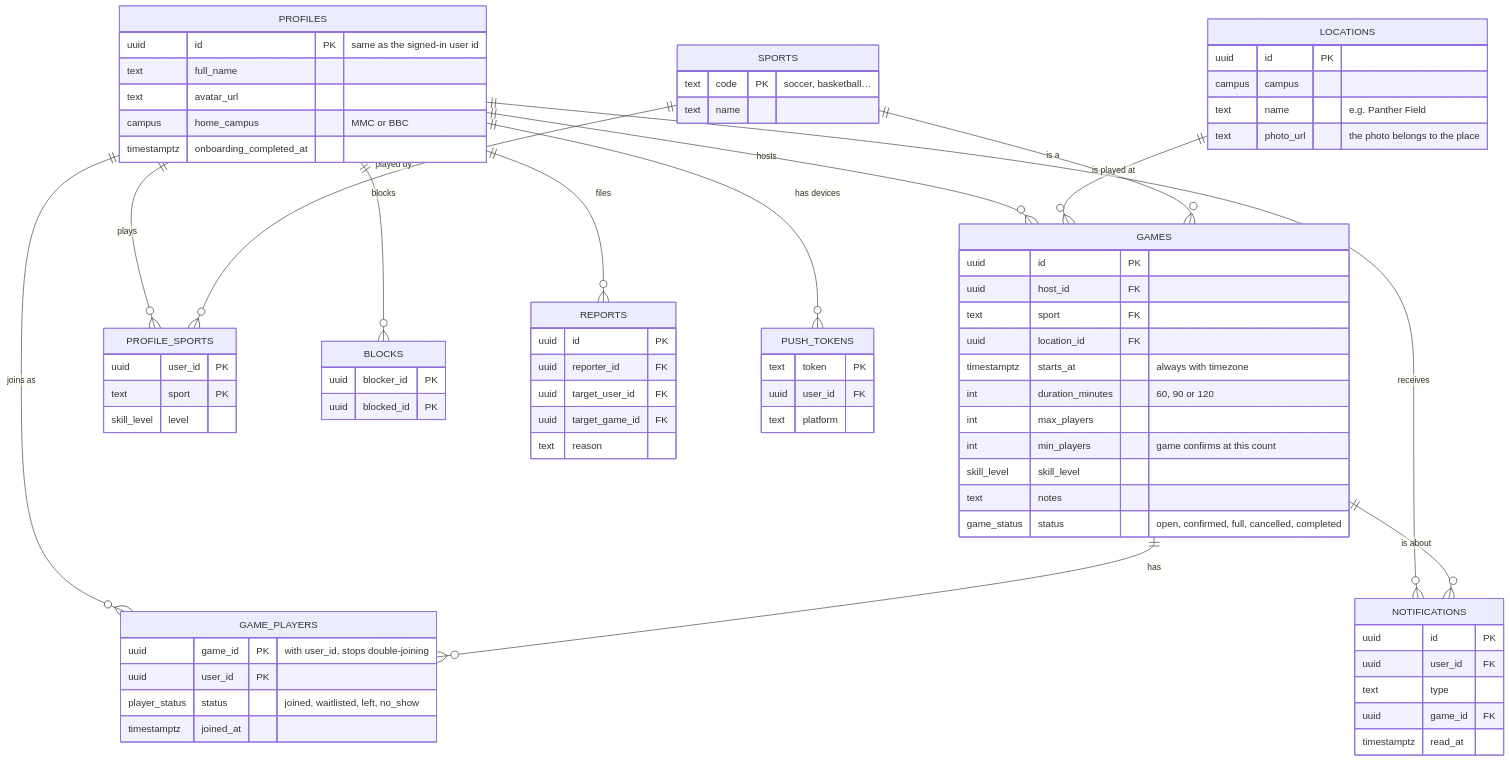
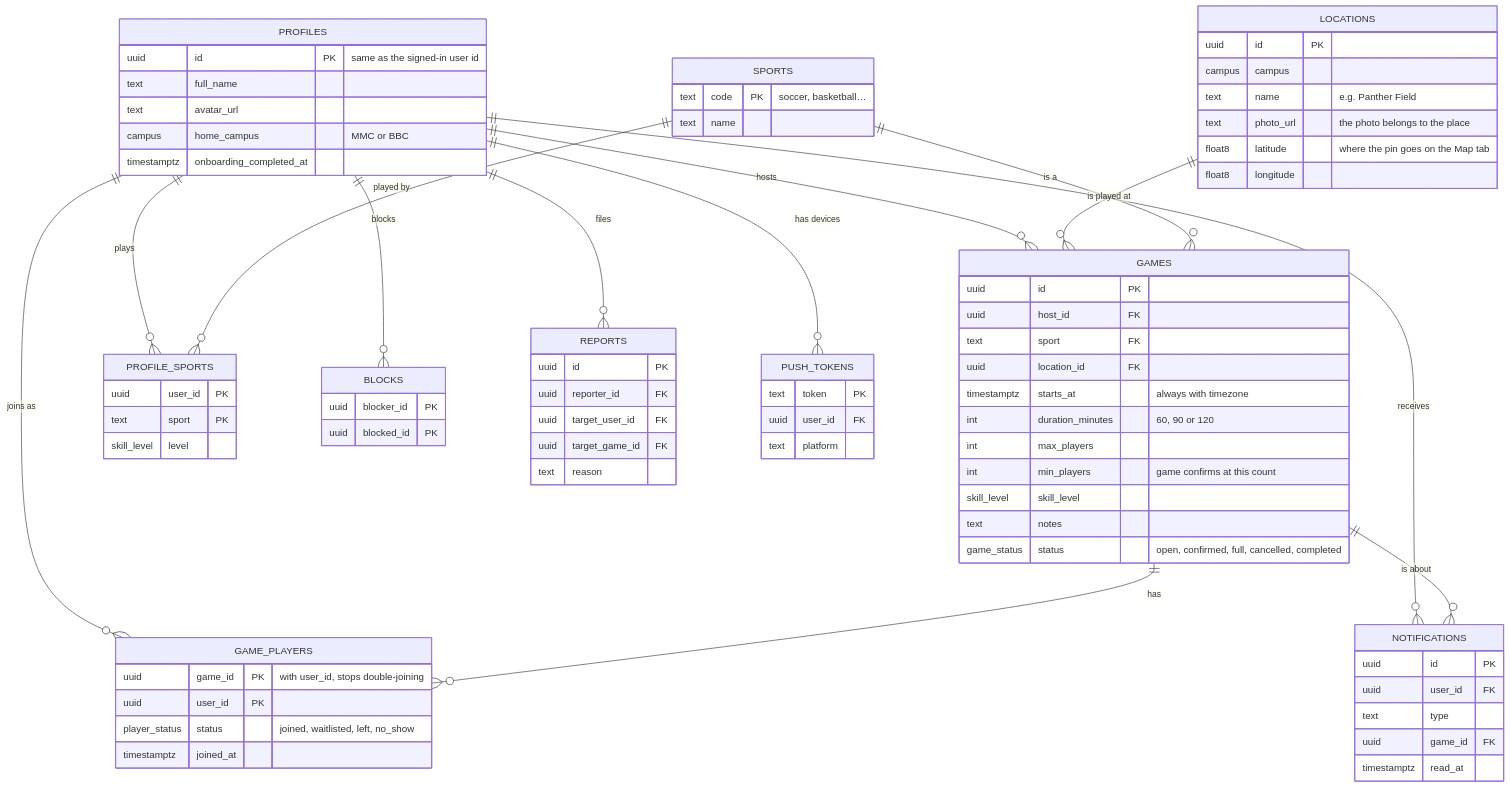
Before and after one commit to aymanlaassel/pantherplay: the fifth of 9 diagrams in docs/ARCHITECTURE.md, drawn with Mermaid. The commit also changed other lines of this file, not shown here.

First line of the commit message:
Document Map tab in ARCHITECTURE.md

````diff
--- a/docs/ARCHITECTURE.md
+++ b/docs/ARCHITECTURE.md
@@ -233,80 +234,82 @@
 ```mermaid
 erDiagram
   PROFILES ||--o{ GAMES : "hosts"
   PROFILES ||--o{ GAME_PLAYERS : "joins as"
   GAMES ||--o{ GAME_PLAYERS : "has"
   LOCATIONS ||--o{ GAMES : "is played at"
   SPORTS ||--o{ GAMES : "is a"
   PROFILES ||--o{ PROFILE_SPORTS : "plays"
   SPORTS ||--o{ PROFILE_SPORTS : "played by"
   PROFILES ||--o{ NOTIFICATIONS : "receives"
   GAMES ||--o{ NOTIFICATIONS : "is about"
   PROFILES ||--o{ BLOCKS : "blocks"
   PROFILES ||--o{ REPORTS : "files"
   PROFILES ||--o{ PUSH_TOKENS : "has devices"
 
   PROFILES {
     uuid id PK "same as the signed-in user id"
     text full_name
     text avatar_url
     campus home_campus "MMC or BBC"
     timestamptz onboarding_completed_at
   }
   GAMES {
     uuid id PK
     uuid host_id FK
     text sport FK
     uuid location_id FK
     timestamptz starts_at "always with timezone"
     int duration_minutes "60, 90 or 120"
     int max_players
     int min_players "game confirms at this count"
     skill_level skill_level
     text notes
     game_status status "open, confirmed, full, cancelled, completed"
   }
   GAME_PLAYERS {
     uuid game_id PK "with user_id, stops double-joining"
     uuid user_id PK
     player_status status "joined, waitlisted, left, no_show"
     timestamptz joined_at
   }
   LOCATIONS {
     uuid id PK
     campus campus
     text name "e.g. Panther Field"
     text photo_url "the photo belongs to the place"
+    float8 latitude "where the pin goes on the Map tab"
+    float8 longitude
   }
   SPORTS {
     text code PK "soccer, basketball…"
     text name
   }
   PROFILE_SPORTS {
     uuid user_id PK
     text sport PK
     skill_level level
   }
   NOTIFICATIONS {
     uuid id PK
     uuid user_id FK
     text type
     uuid game_id FK
     timestamptz read_at
   }
   BLOCKS {
     uuid blocker_id PK
     uuid blocked_id PK
   }
   REPORTS {
     uuid id PK
     uuid reporter_id FK
     uuid target_user_id FK
     uuid target_game_id FK
     text reason
   }
   PUSH_TOKENS {
     text token PK
     uuid user_id FK
     text platform
   }
 ```
````
